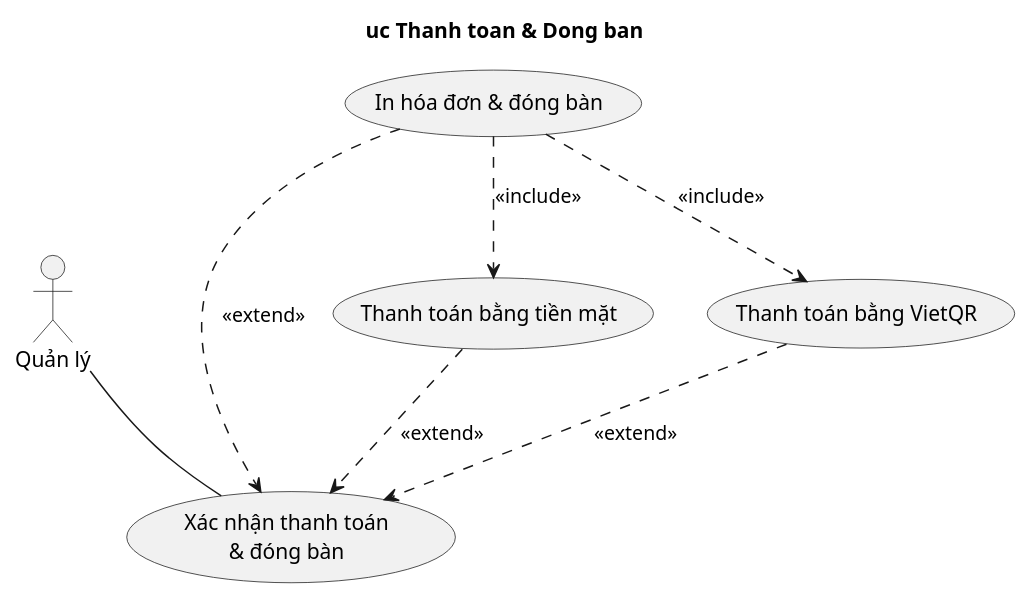
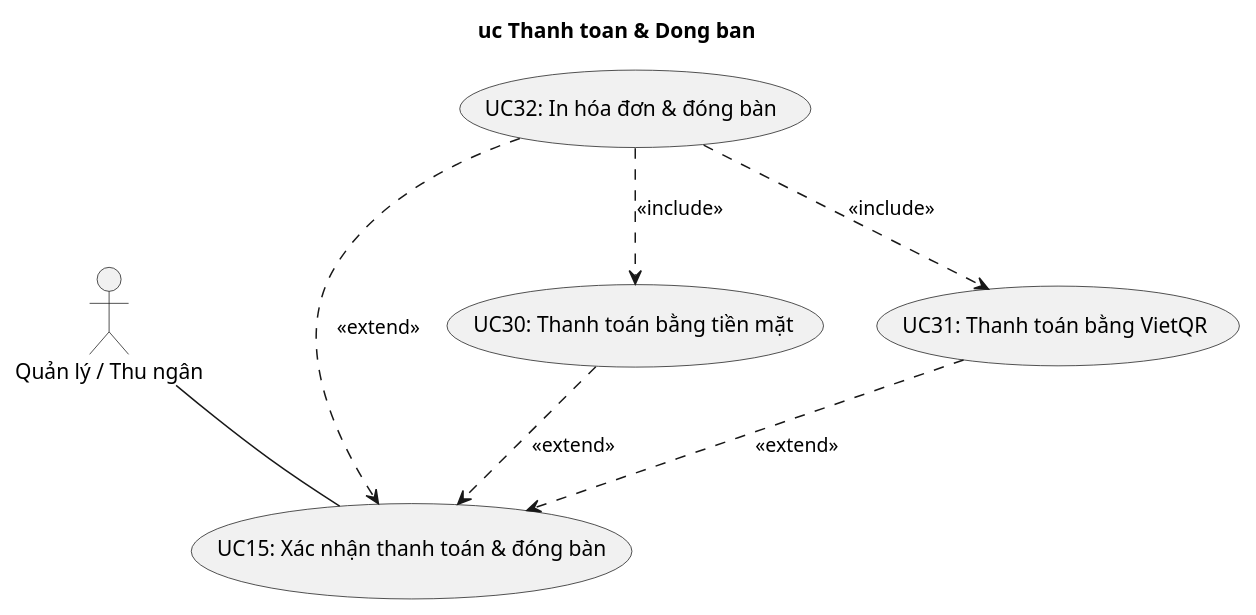
One commit to qu2nishere/HoaDiemCac-backend changed the fifth of 9 diagrams in doc/DacTa_Chuong3_UseCase.md. Above: the diagram before and after it, drawn with PlantUML. The commit also changed other lines of this file and 2 other files, not shown here.

First line of the commit message:
docs(usecase): synchronize all 42 use cases with UC-new.pdf specifications

````diff
--- a/doc/DacTa_Chuong3_UseCase.md
+++ b/doc/DacTa_Chuong3_UseCase.md
@@ -256,19 +295,18 @@
 ```plantuml
 @startuml uc-thanh-toan-dong-ban
 title uc Thanh toan & Dong ban
+actor "Quản lý / Thu ngân" as QL
 
-actor "Quản lý" as QL
-
-usecase "Xác nhận thanh toán\n& đóng bàn" as UC15
-usecase "Thanh toán bằng tiền mặt" as UC30
-usecase "Thanh toán bằng VietQR" as UC31
-usecase "In hóa đơn & đóng bàn" as UC32
+usecase "UC15: Xác nhận thanh toán & đóng bàn" as UC15
+usecase "UC30: Thanh toán bằng tiền mặt" as UC30
+usecase "UC31: Thanh toán bằng VietQR" as UC31
+usecase "UC32: In hóa đơn & đóng bàn" as UC32
 
 QL -- UC15
 UC30 ..> UC15 : <<extend>>
 UC31 ..> UC15 : <<extend>>
 UC32 ..> UC15 : <<extend>>
 UC32 ..> UC30 : <<include>>
 UC32 ..> UC31 : <<include>>
 @enduml
 ```
````
